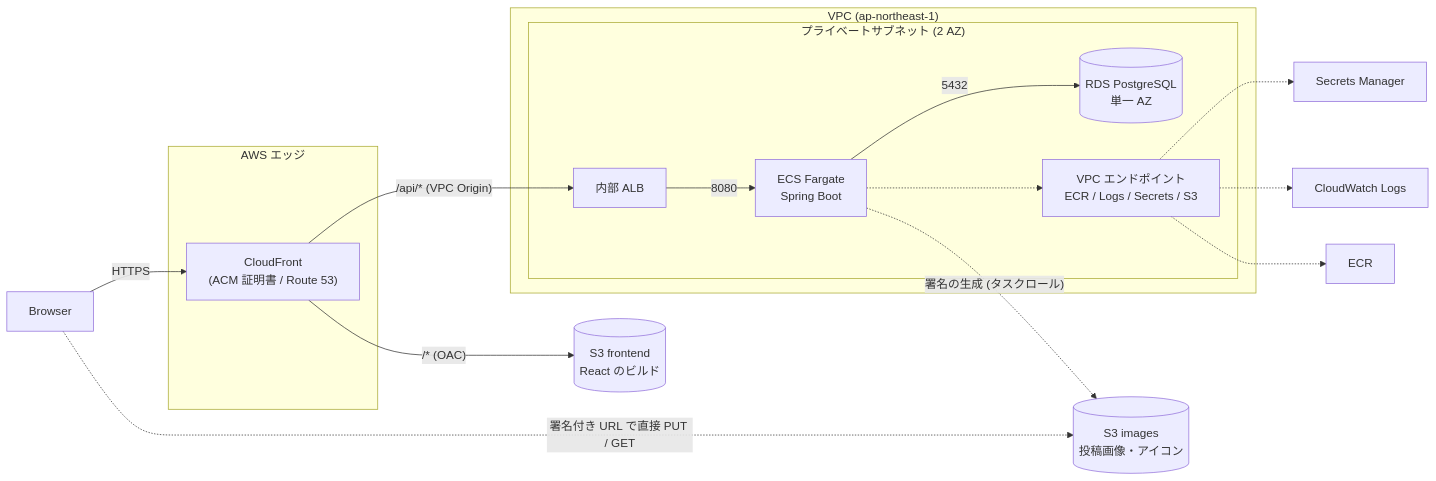
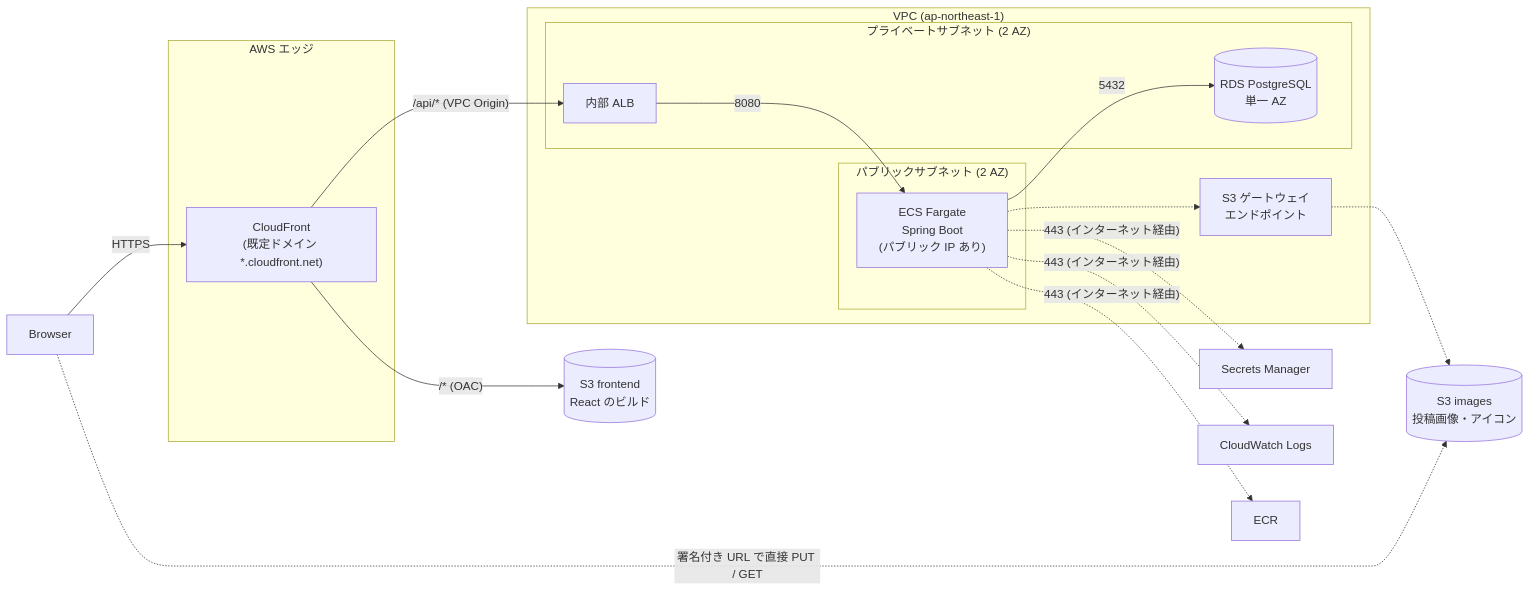
Before and after one commit to masatsumaple-creator/RaiseTimeLine: the diagram in docs/20_インフラ構成図.md, drawn with Mermaid. The commit also changed other lines of this file and 12 other files, not shown here.

First line of the commit message:
Add Terraform foundation: VPC, security groups, S3 endpoint, ECR

````diff
--- a/docs/20_インフラ構成図.md
+++ b/docs/20_インフラ構成図.md
@@ -9,32 +9,34 @@
 ```mermaid
 flowchart LR
   U["Browser"]
   subgraph Edge["AWS エッジ"]
-    CF["CloudFront<br/>(ACM 証明書 / Route 53)"]
+    CF["CloudFront<br/>(既定ドメイン *.cloudfront.net)"]
   end
   S3W[("S3 frontend<br/>React のビルド")]
   S3I[("S3 images<br/>投稿画像・アイコン")]
   subgraph VPC["VPC (ap-northeast-1)"]
+    subgraph Public["パブリックサブネット (2 AZ)"]
+      ECS["ECS Fargate<br/>Spring Boot<br/>(パブリック IP あり)"]
+    end
     subgraph Private["プライベートサブネット (2 AZ)"]
       ALB["内部 ALB"]
-      ECS["ECS Fargate<br/>Spring Boot"]
       RDS[("RDS PostgreSQL<br/>単一 AZ")]
-      VPCE["VPC エンドポイント<br/>ECR / Logs / Secrets / S3"]
     end
+    S3GW["S3 ゲートウェイ<br/>エンドポイント"]
   end
   SM["Secrets Manager"]
   CWL["CloudWatch Logs"]
   ECR["ECR"]
 
   U -->|"HTTPS"| CF
   CF -->|"/* (OAC)"| S3W
   CF -->|"/api/* (VPC Origin)"| ALB
   ALB -->|"8080"| ECS
   ECS -->|"5432"| RDS
-  ECS -.-> VPCE
-  VPCE -.-> SM
-  VPCE -.-> CWL
-  VPCE -.-> ECR
+  ECS -.->|"443 (インターネット経由)"| SM
+  ECS -.->|"443 (インターネット経由)"| CWL
+  ECS -.->|"443 (インターネット経由)"| ECR
+  ECS -.-> S3GW
+  S3GW -.-> S3I
   U -. "署名付き URL で直接 PUT / GET" .-> S3I
-  ECS -. "署名の生成 (タスクロール)" .-> S3I
 ```
````
